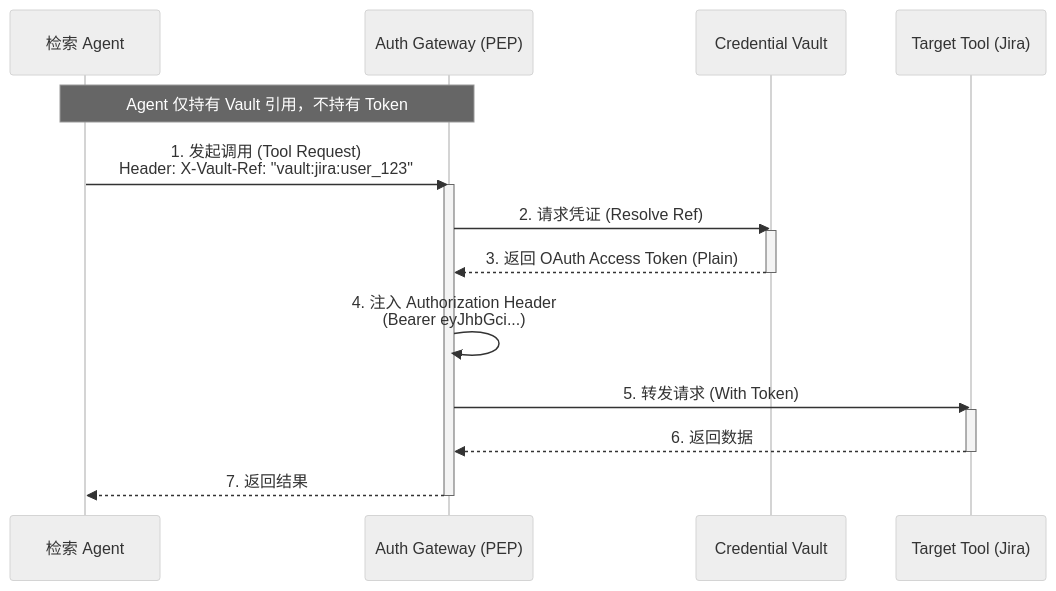
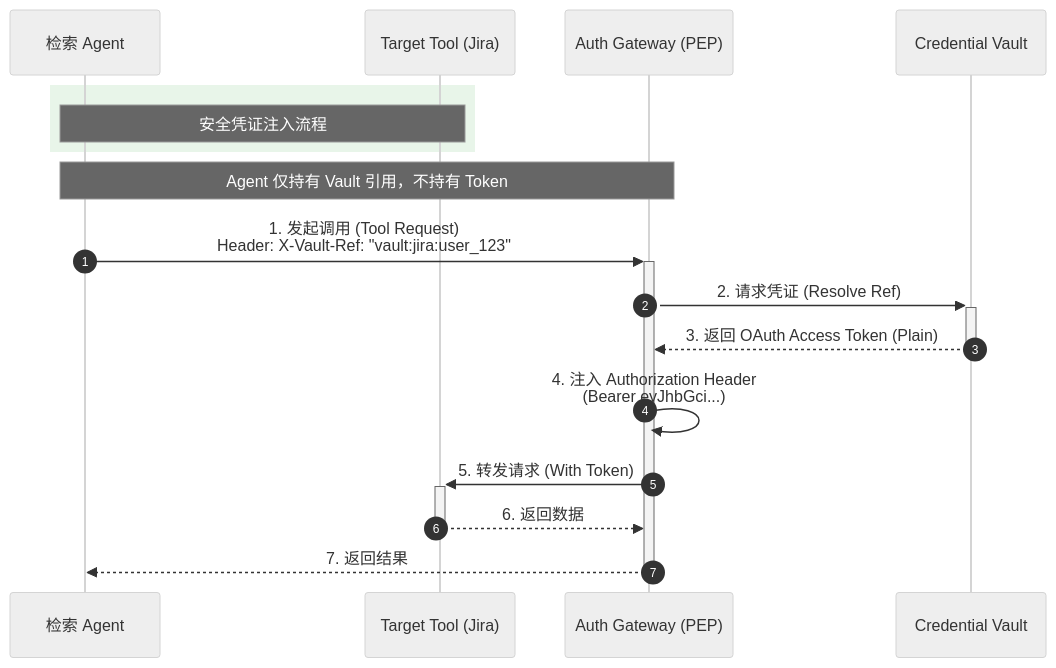
One commit to cute-spring/opencode-notes changed the second of 35 diagrams in docs/arch/enterprise-agentic-rag.md. Above: the diagram before and after it, drawn with Mermaid (neutral theme). The commit also changed other lines of this file and 2 other files, not shown here.

````diff
--- a/docs/arch/enterprise-agentic-rag.md
+++ b/docs/arch/enterprise-agentic-rag.md
@@ -213,27 +262,24 @@
 ```mermaid
 sequenceDiagram
+    autonumber
+    rect rgb(232, 245, 233)
+    Note over Agent, Tool: 安全凭证注入流程
     participant Agent as 检索 Agent
     participant Gateway as Auth Gateway (PEP)
     participant Vault as Credential Vault
     participant Tool as Target Tool (Jira)
+    end
 
     Note over Agent, Gateway: Agent 仅持有 Vault 引用，不持有 Token
 
-    Agent->>Gateway: 1. 发起调用 (Tool Request)<br/>Header: X-Vault-Ref: "vault:jira:user_123"
+    Agent->>+Gateway: 1. 发起调用 (Tool Request)<br/>Header: X-Vault-Ref: "vault:jira:user_123"
     
-    activate Gateway
-    Gateway->>Vault: 2. 请求凭证 (Resolve Ref)
-    activate Vault
-    Vault-->>Gateway: 3. 返回 OAuth Access Token (Plain)
-    deactivate Vault
+    Gateway->>+Vault: 2. 请求凭证 (Resolve Ref)
+    Vault-->>-Gateway: 3. 返回 OAuth Access Token (Plain)
     
     Gateway->>Gateway: 4. 注入 Authorization Header<br/>(Bearer eyJhbGci...)
     
-    Gateway->>Tool: 5. 转发请求 (With Token)
-    activate Tool
-    Tool-->>Gateway: 6. 返回数据
-    deactivate Tool
-    
-    Gateway-->>Agent: 7. 返回结果
-    deactivate Gateway
+    Gateway->>+Tool: 5. 转发请求 (With Token)
+    Tool-->>-Gateway: 6. 返回数据
+    Gateway-->>-Agent: 7. 返回结果
 ```
````
